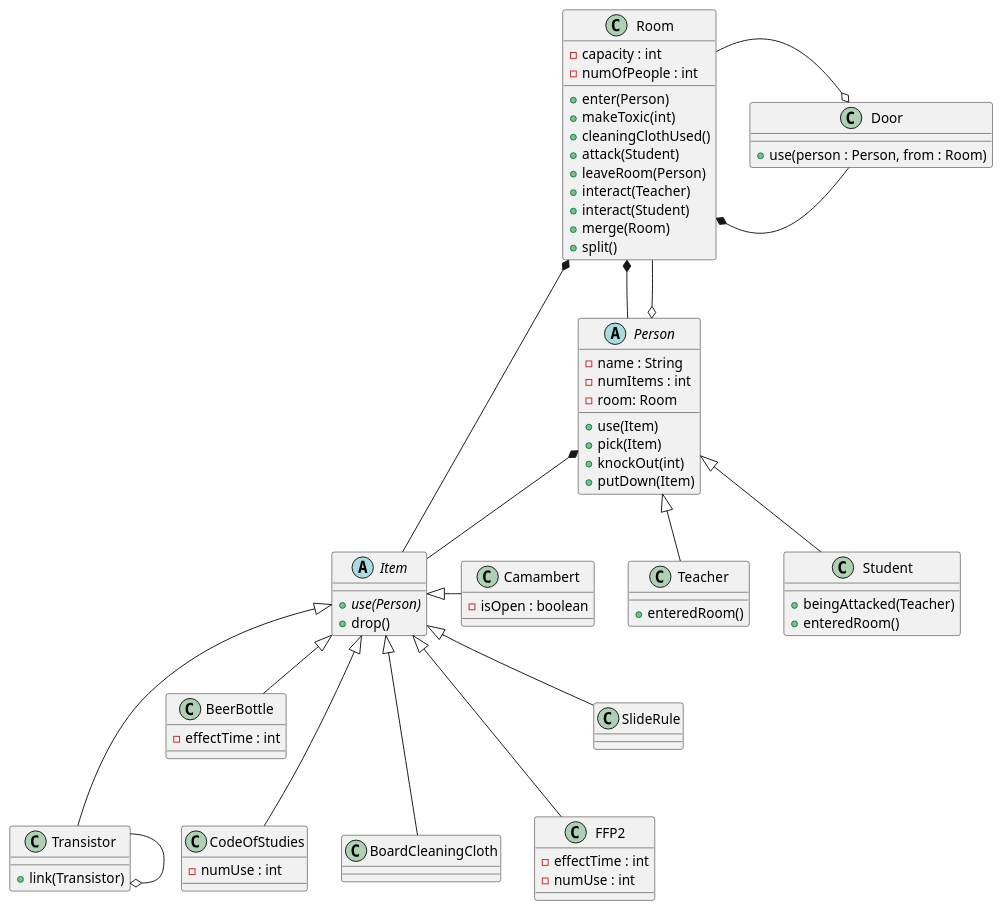
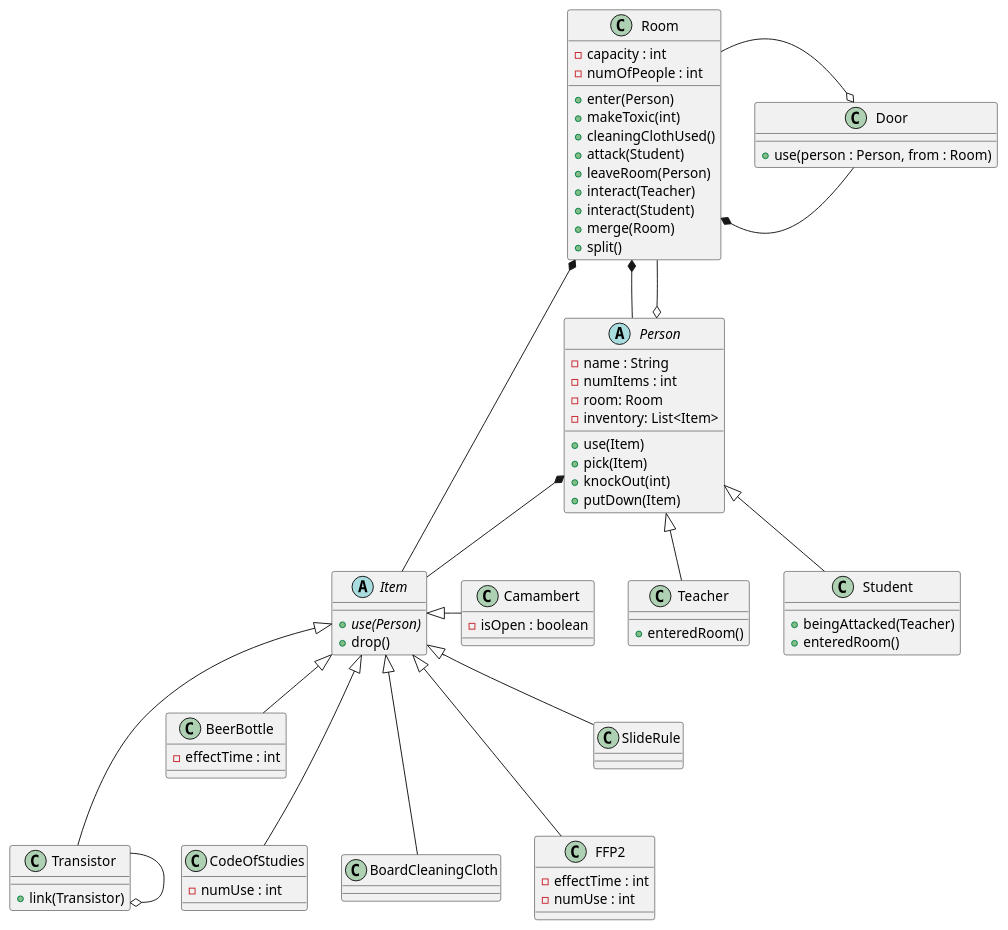
The diagram in docs/diagrams/class/static-structure.puml (sn4k3ch4rm3r/logarlec), drawn with PlantUML before and after one commit. The commit also changed 1 other file, not shown here.

Commit message:
Added an inventory field to the Person class. Created the sequence diagram for the item pick up.

```diff
--- a/docs/diagrams/class/static-structure.puml
+++ b/docs/diagrams/class/static-structure.puml
@@ -1,78 +1,79 @@
 @startuml static-structure
 abstract class Person {
     -name : String
     -numItems : int
     -room: Room
+    -inventory: List<Item>
     +use(Item) 
     +pick(Item)
     +knockOut(int)
     +putDown(Item)
 }
 abstract Item {
     {abstract} +use(Person)
     +drop()
 }
 class Room {
     -capacity : int
     -numOfPeople : int
     +enter(Person)
     +makeToxic(int)
     +cleaningClothUsed()
     +attack(Student)
     +leaveRoom(Person)
 	+interact(Teacher)
 	+interact(Student)
     +merge(Room)
     +split()
 }
 class Door {
     +use(person : Person, from : Room)
 }
 class Transistor {
 	+link(Transistor)
 }
 class Camambert {
     -isOpen : boolean
 }
 class BeerBottle {
     -effectTime : int
 }
 class CodeOfStudies {
     -numUse : int
 }
 class BoardCleaningCloth {
 }
 class FFP2 {
     -effectTime : int
     -numUse : int
 }
 class SlideRule {
 }
 
 class Teacher {
     +enteredRoom()
 }
 class Student {
     +beingAttacked(Teacher)
     +enteredRoom()
 }
 
  Person <|-- Student
  Person <|-- Teacher
  Room *-- Person
  Room *-- Item
  Room *- Door
  Room -o Door
  Room --o Person
  Transistor --o Transistor
 
  Person *-- Item
  Item <|--- CodeOfStudies
  Item <|-- SlideRule
  Item <|--- Transistor
  Item <|-- BeerBottle
  Item <|--- BoardCleaningCloth
  Item <|--- FFP2
  Item <|- Camambert
 '  Door <|-- Transistor
 @enduml
```
